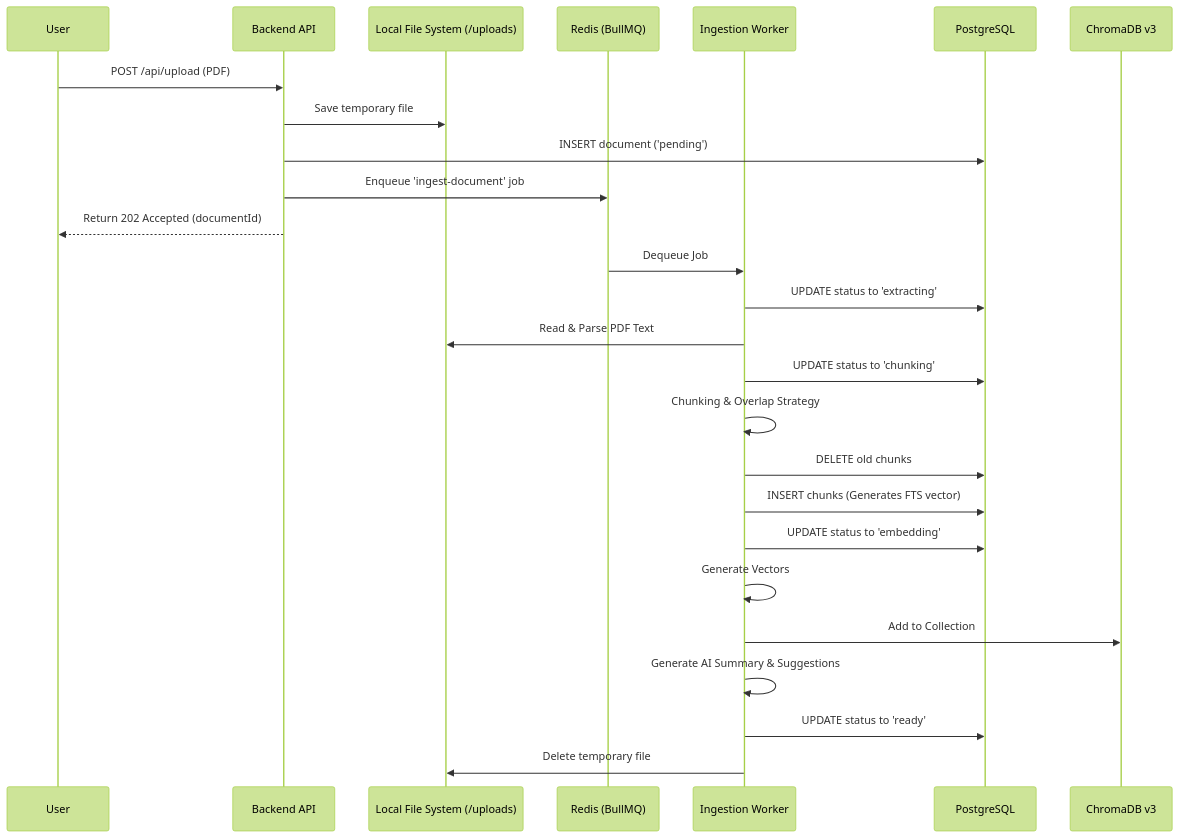
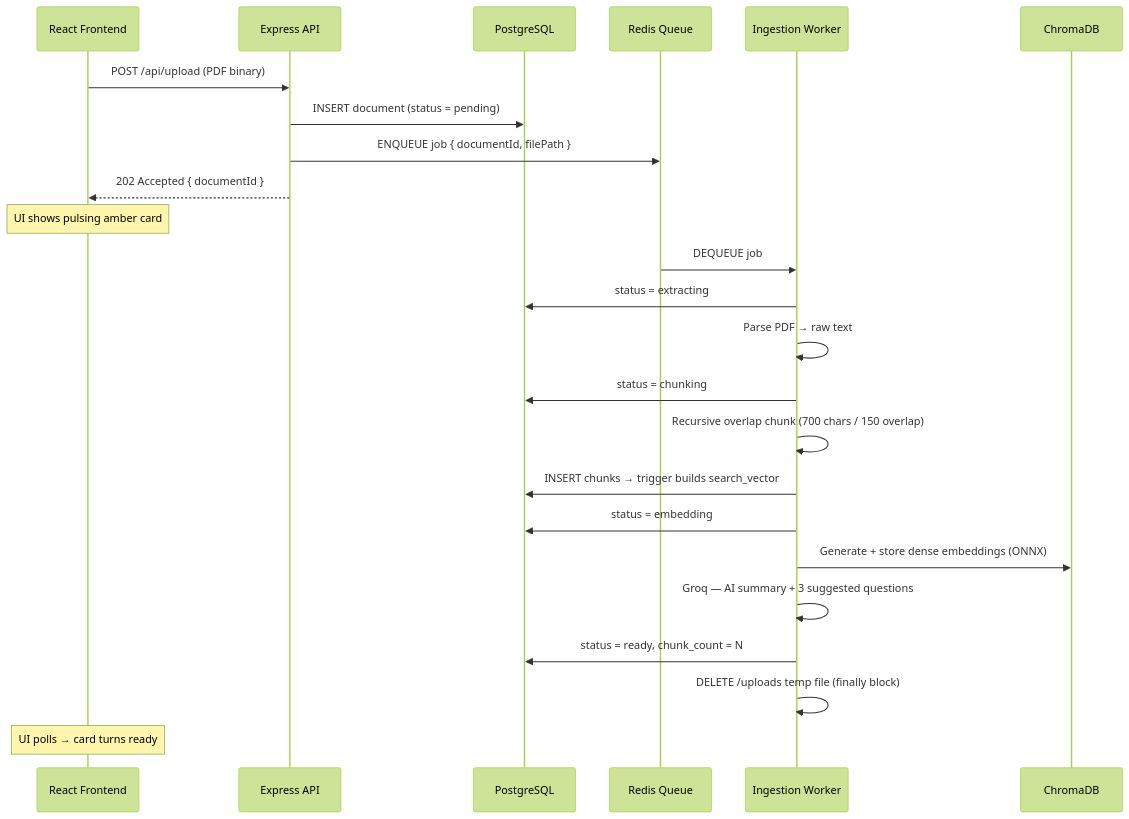
The third of 3 diagrams in README.md (rajakumar123-commit/nexasense-ai-assistant), drawn with Mermaid (forest theme) before and after one commit. The commit also changed other lines of this file, not shown here.

Commit message:
feat: premium interactive README with animated header, collapsible sections, badges, diagrams

````diff
--- a/README.md
+++ b/README.md
@@ -71,35 +237,28 @@
 ```mermaid
 sequenceDiagram
-    participant User
-    participant API as Backend API
-    participant FS as Local File System (/uploads)
-    participant Redis as Redis (BullMQ)
-    participant Worker as Ingestion Worker
-    participant DB as PostgreSQL
-    participant Chroma as ChromaDB v3
+    participant C as React Frontend
+    participant A as Express API
+    participant P as PostgreSQL
+    participant R as Redis Queue
+    participant W as Ingestion Worker
+    participant X as ChromaDB
 
-    User->>API: POST /api/upload (PDF)
-    API->>FS: Save temporary file
-    API->>DB: INSERT document ('pending')
-    API->>Redis: Enqueue 'ingest-document' job
-    API-->>User: Return 202 Accepted (documentId)
+    C->>A: POST /api/upload (PDF binary)
+    A->>P: INSERT document (status = pending)
+    A->>R: ENQUEUE job { documentId, filePath }
+    A-->>C: 202 Accepted { documentId }
+    Note over C: UI shows pulsing amber card
 
-    Redis->>Worker: Dequeue Job
-    Worker->>DB: UPDATE status to 'extracting'
-    Worker->>FS: Read & Parse PDF Text
-        
-    Worker->>DB: UPDATE status to 'chunking'
-    Worker->>Worker: Chunking & Overlap Strategy
-    
-    Worker->>DB: DELETE old chunks
-    Worker->>DB: INSERT chunks (Generates FTS vector)
-
-    Worker->>DB: UPDATE status to 'embedding'
-    Worker->>Worker: Generate Vectors
-    Worker->>Chroma: Add to Collection
-    
-    Worker->>Worker: Generate AI Summary & Suggestions
-    
-    Worker->>DB: UPDATE status to 'ready'
-    Worker->>FS: Delete temporary file
+    R->>W: DEQUEUE job
+    W->>P: status = extracting
+    W->>W: Parse PDF → raw text
+    W->>P: status = chunking
+    W->>W: Recursive overlap chunk (700 chars / 150 overlap)
+    W->>P: INSERT chunks → trigger builds search_vector
+    W->>P: status = embedding
+    W->>X: Generate + store dense embeddings (ONNX)
+    W->>W: Groq — AI summary + 3 suggested questions
+    W->>P: status = ready, chunk_count = N
+    W->>W: DELETE /uploads temp file (finally block)
+    Note over C: UI polls → card turns ready
 ```
````
